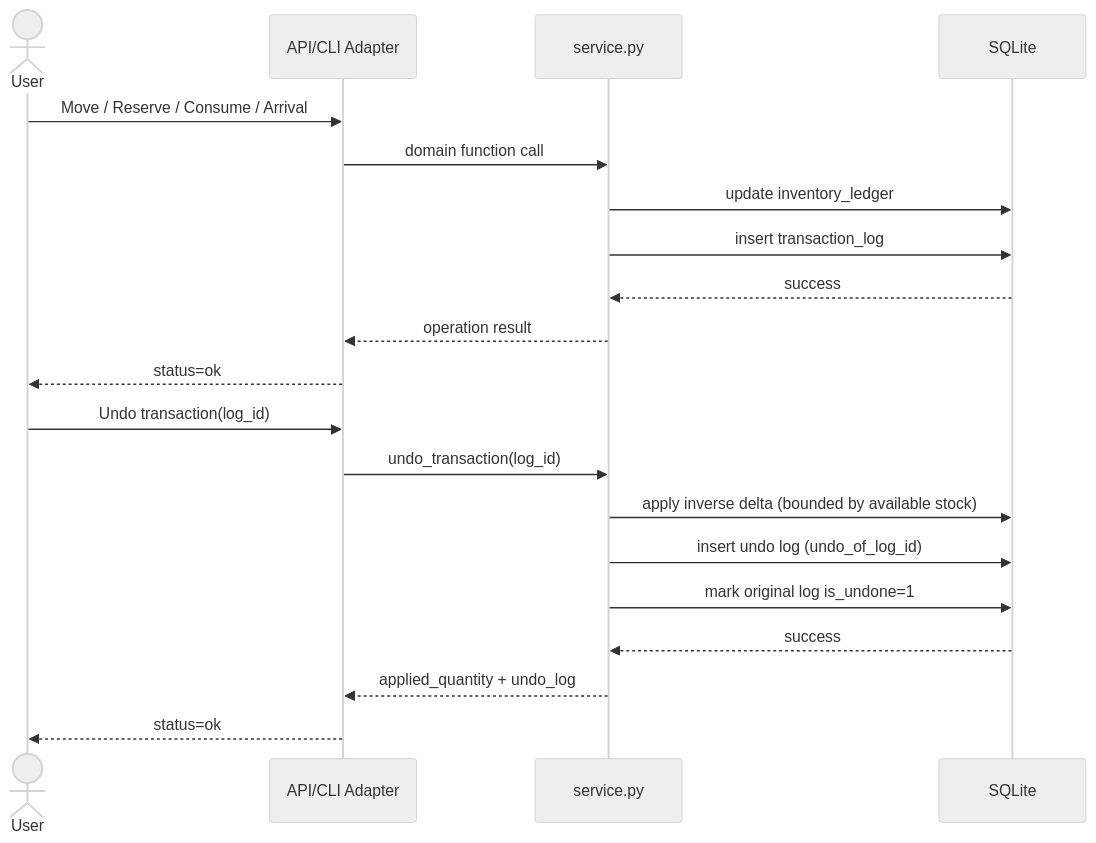
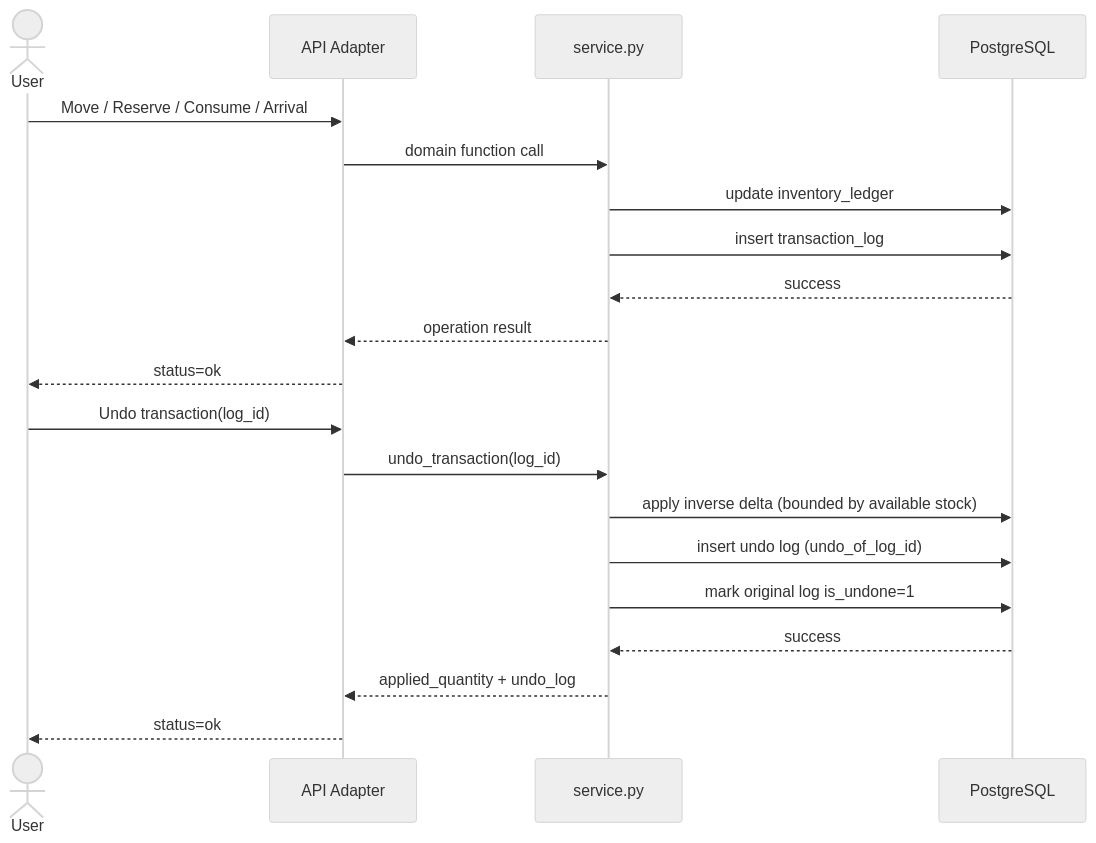
The second of 3 diagrams in documents/technical_documentation.md (Kenshin-Isogai/materials_management-shared_version-), drawn with Mermaid (neutral theme) before and after one commit. The commit also changed other lines of this file and 8 other files, not shown here.

````diff
--- a/documents/technical_documentation.md
+++ b/documents/technical_documentation.md
@@ -148,24 +139,24 @@
 ```mermaid
 sequenceDiagram
     actor User
-    participant Adapter as API/CLI Adapter
+    participant Adapter as API Adapter
     participant Service as service.py
-    participant DB as SQLite
+    participant DB as PostgreSQL
 
     User->>Adapter: Move / Reserve / Consume / Arrival
     Adapter->>Service: domain function call
     Service->>DB: update inventory_ledger
     Service->>DB: insert transaction_log
     DB-->>Service: success
     Service-->>Adapter: operation result
     Adapter-->>User: status=ok
 
     User->>Adapter: Undo transaction(log_id)
     Adapter->>Service: undo_transaction(log_id)
     Service->>DB: apply inverse delta (bounded by available stock)
     Service->>DB: insert undo log (undo_of_log_id)
     Service->>DB: mark original log is_undone=1
     DB-->>Service: success
     Service-->>Adapter: applied_quantity + undo_log
     Adapter-->>User: status=ok
 ```
````
